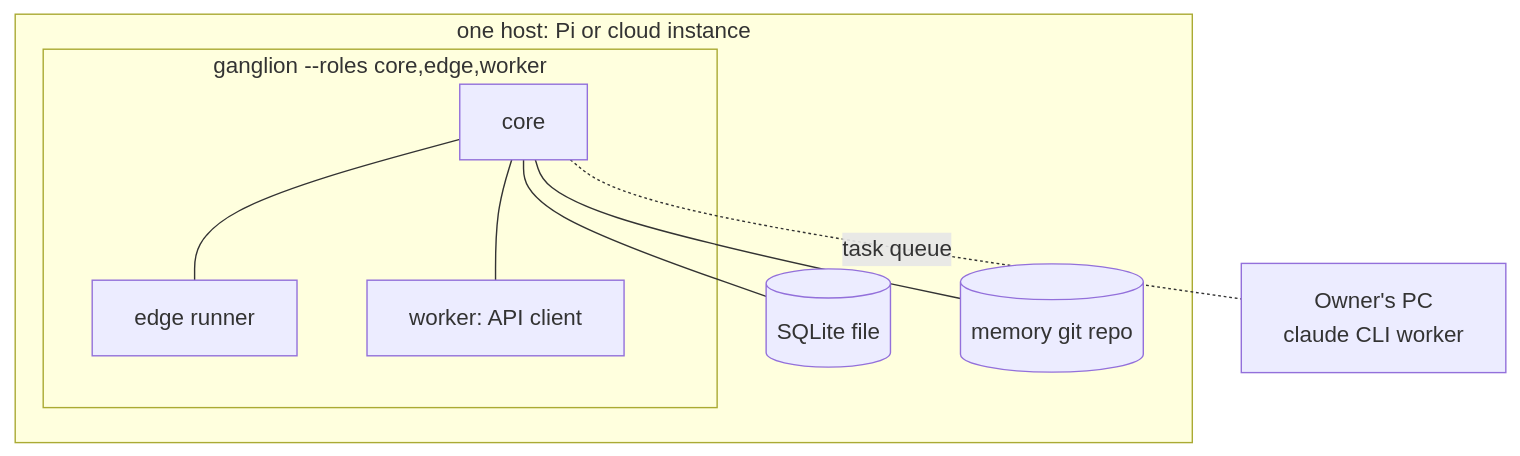
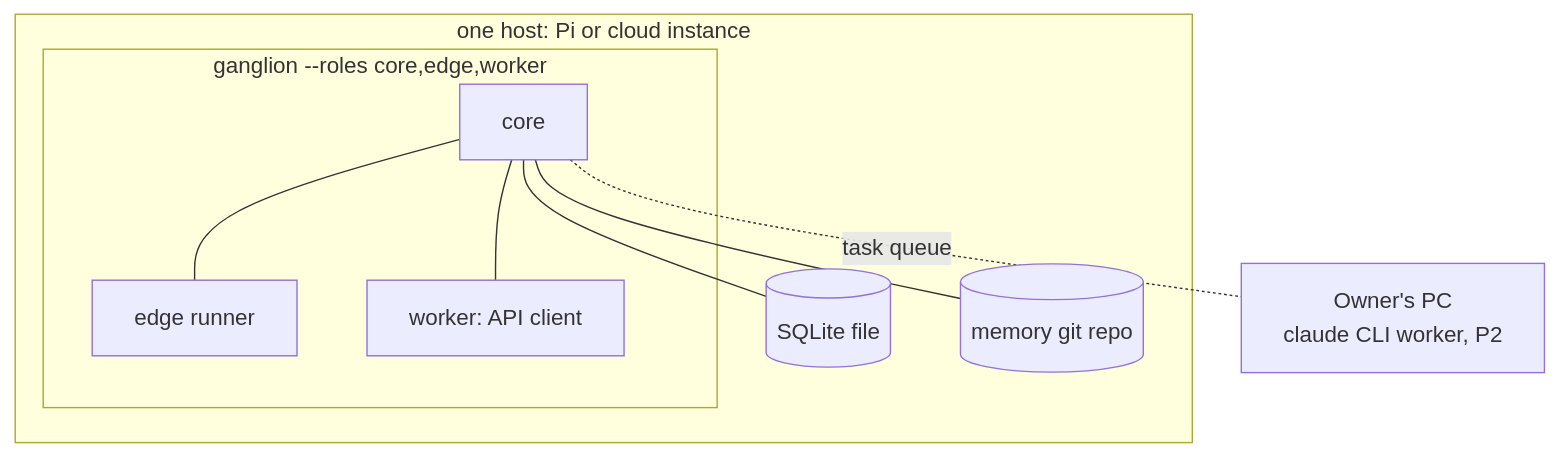
Before and after one commit to igorrius/ganglion: the second of 3 diagrams in docs/architecture/02-containers.md, drawn with Mermaid. The commit also changed other lines of this file and 7 other files, not shown here.

````diff
--- a/docs/architecture/02-containers.md
+++ b/docs/architecture/02-containers.md
@@ -65,18 +65,18 @@
 ```mermaid
 flowchart TB
     subgraph host["one host: Pi or cloud instance"]
         subgraph proc["ganglion --roles core,edge,worker"]
             c["core"]
             e["edge runner"]
             w["worker: API client"]
         end
         db[("SQLite file")]
         repo[("memory git repo")]
     end
-    pc["Owner's PC<br/>claude CLI worker"]
+    pc["Owner's PC<br/>claude CLI worker, P2"]
     c --- e
     c --- w
     c --- db
     c --- repo
     c -. "task queue" .- pc
 ```
````
